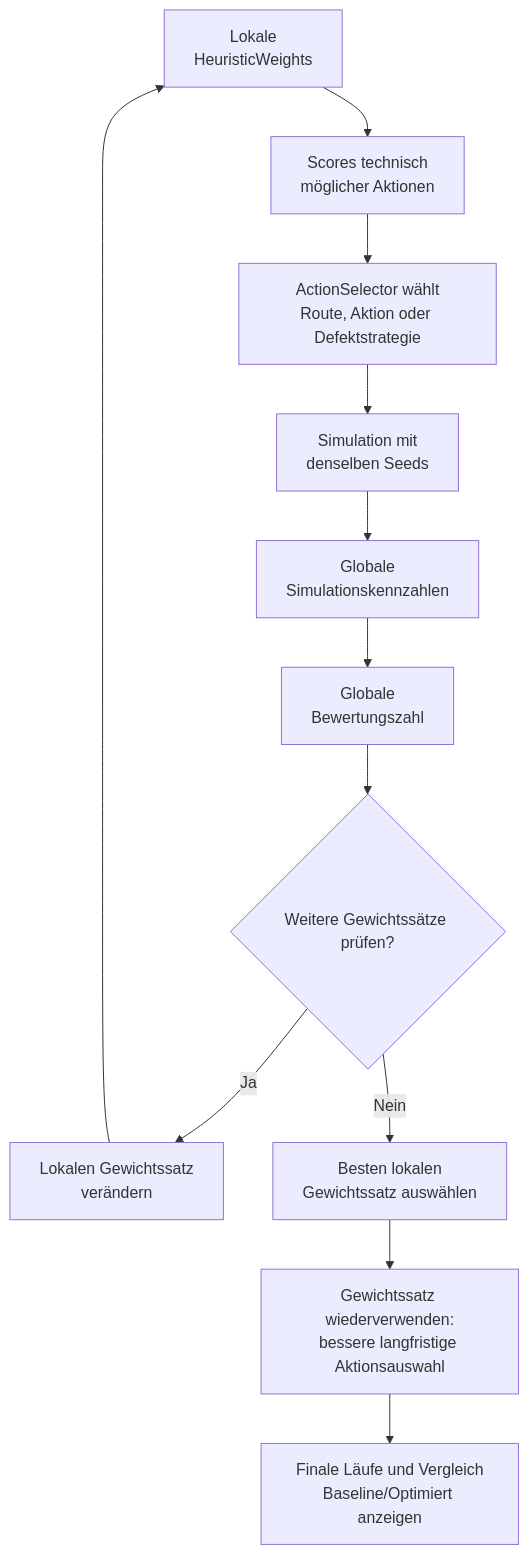
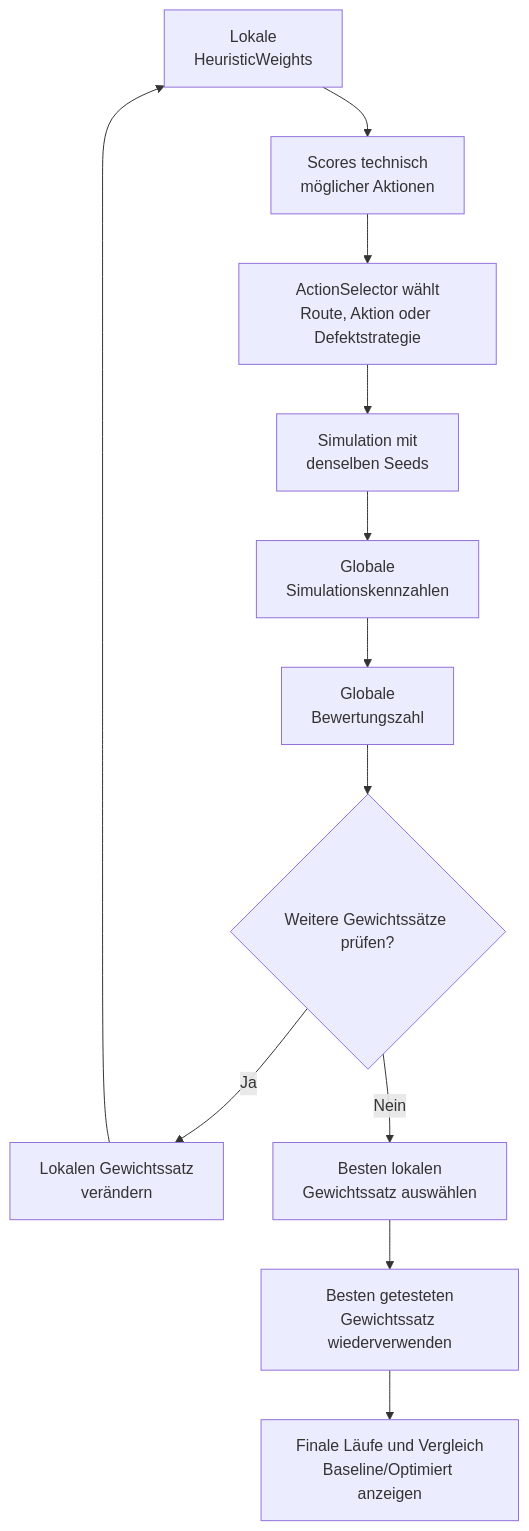
Before and after one commit to ghackenberg/SpineML: diagram 11 of 13 in README.md, drawn with Mermaid. The commit also changed other lines of this file, not shown here.

````diff
--- a/README.md
+++ b/README.md
@@ -1290,14 +1529,14 @@
 ```mermaid
 flowchart TD
     A[Lokale<br/>HeuristicWeights] --> B[Scores technisch<br/>möglicher Aktionen]
     B --> C[ActionSelector wählt<br/>Route, Aktion oder Defektstrategie]
     C --> D[Simulation mit<br/>denselben Seeds]
     D --> E[Globale<br/>Simulationskennzahlen]
     E --> F[Globale<br/>Bewertungszahl]
     F --> G{Weitere Gewichtssätze prüfen?}
     G -- Ja --> H[Lokalen Gewichtssatz<br/>verändern]
     H --> A
     G -- Nein --> I[Besten lokalen<br/>Gewichtssatz auswählen]
-    I --> J[Gewichtssatz wiederverwenden:<br/>bessere langfristige Aktionsauswahl]
+    I --> J[Besten getesteten<br/>Gewichtssatz wiederverwenden]
     J --> K[Finale Läufe und Vergleich<br/>Baseline/Optimiert anzeigen]
 ```
````
